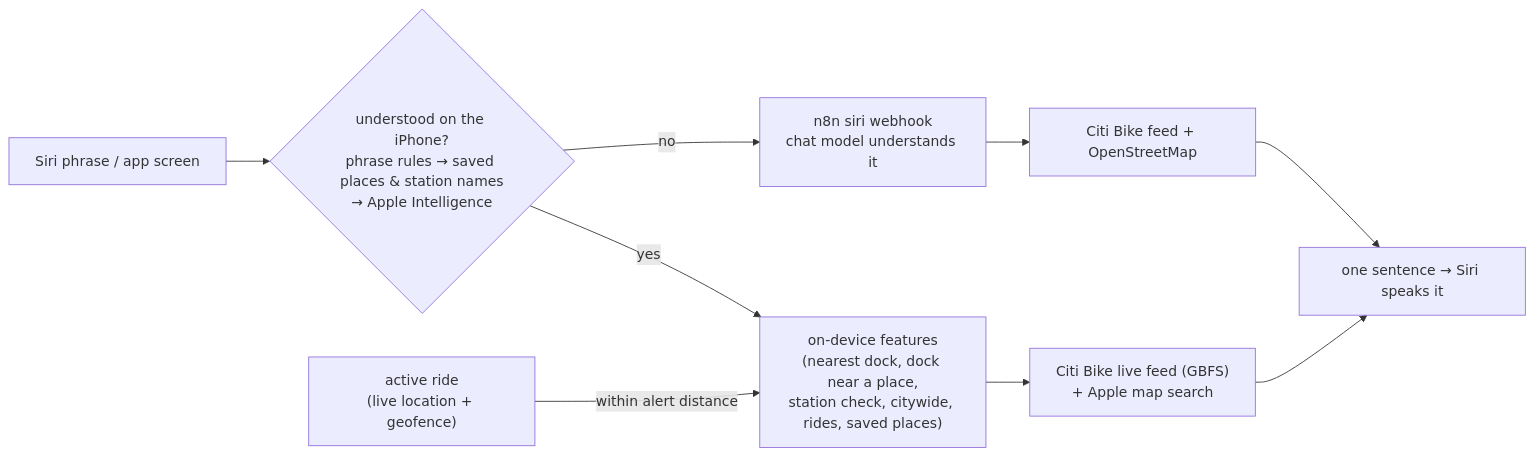
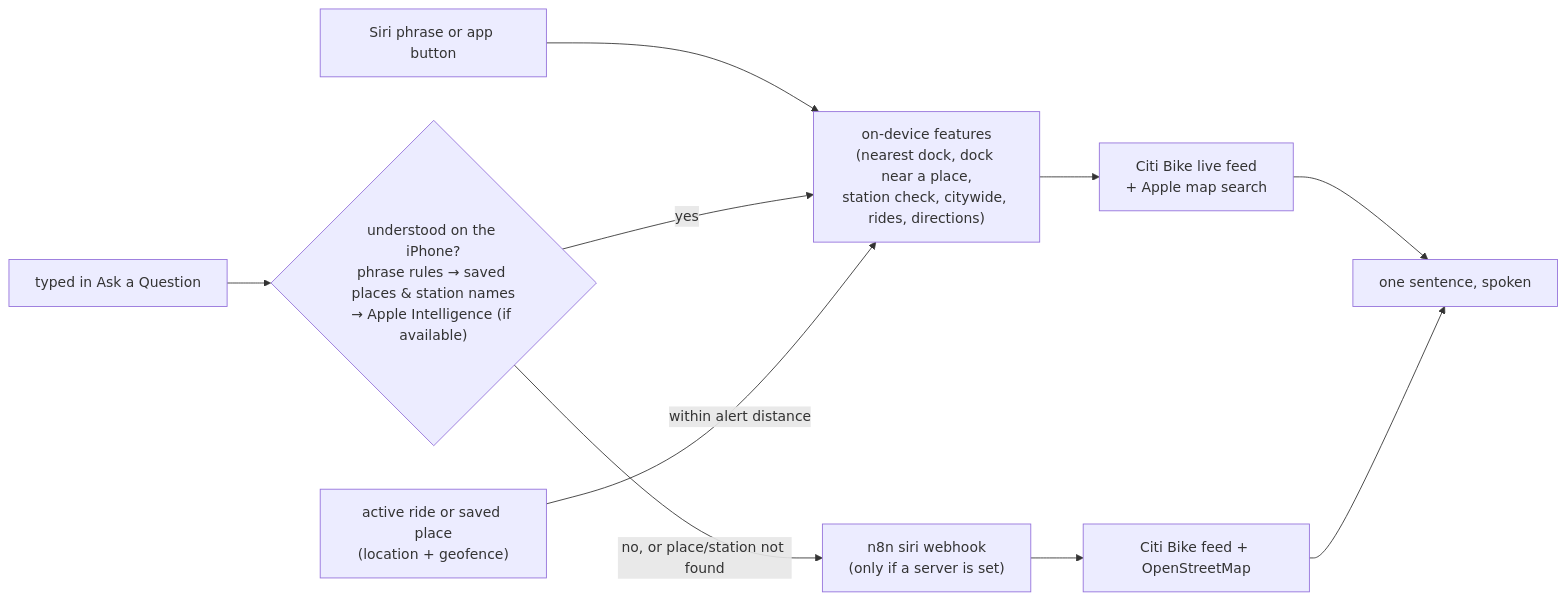
One commit to HLNave/citibike-smart-dock-assistant changed the diagram in README.md. Above: the diagram before and after it, drawn with Mermaid. The commit also changed other lines of this file, not shown here.

````diff
--- a/README.md
+++ b/README.md
@@ -133,10 +133,11 @@
 ```mermaid
 flowchart LR
-  S["Siri phrase / app screen"] --> P{"understood on the iPhone?<br/>phrase rules → saved places & station names<br/>→ Apple Intelligence"}
-  P -- yes --> D["on-device features<br/>(nearest dock, dock near a place,<br/>station check, citywide, rides, saved places)"]
-  D --> F["Citi Bike live feed (GBFS)<br/>+ Apple map search"]
-  P -- no --> W2["n8n siri webhook<br/>chat model understands it"]
+  S["Siri phrase or app button"] --> D["on-device features<br/>(nearest dock, dock near a place,<br/>station check, citywide, rides, directions)"]
+  A["typed in Ask a Question"] --> P{"understood on the iPhone?<br/>phrase rules → saved places & station names<br/>→ Apple Intelligence (if available)"}
+  P -- yes --> D
+  P -- "no, or place/station not found" --> W2["n8n siri webhook<br/>(only if a server is set)"]
+  D --> F["Citi Bike live feed<br/>+ Apple map search"]
   W2 --> F2["Citi Bike feed + OpenStreetMap"]
-  F & F2 --> V["one sentence → Siri speaks it"]
-  R["active ride<br/>(live location + geofence)"] -- "within alert distance" --> D
+  F & F2 --> V["one sentence, spoken"]
+  R["active ride or saved place<br/>(location + geofence)"] -- "within alert distance" --> D
 ```
````
